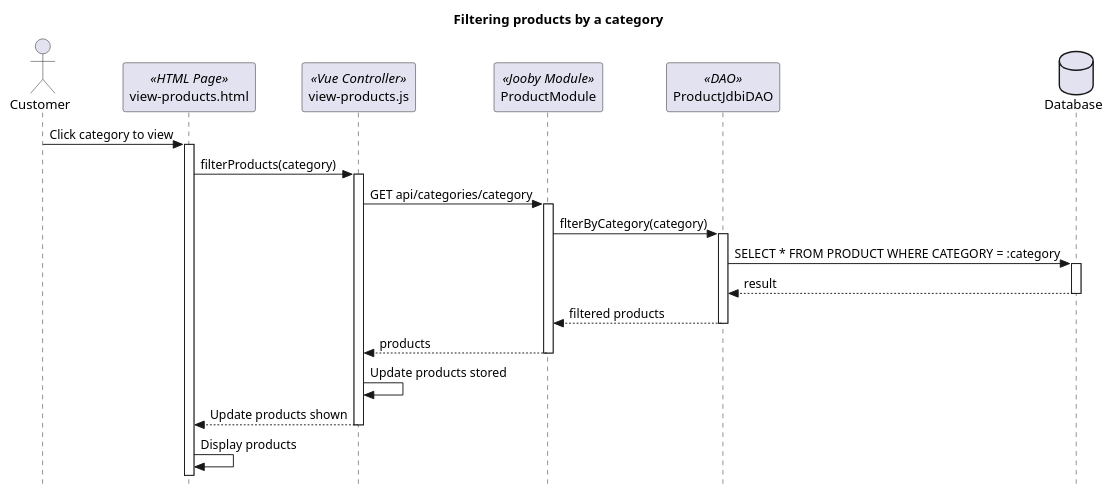
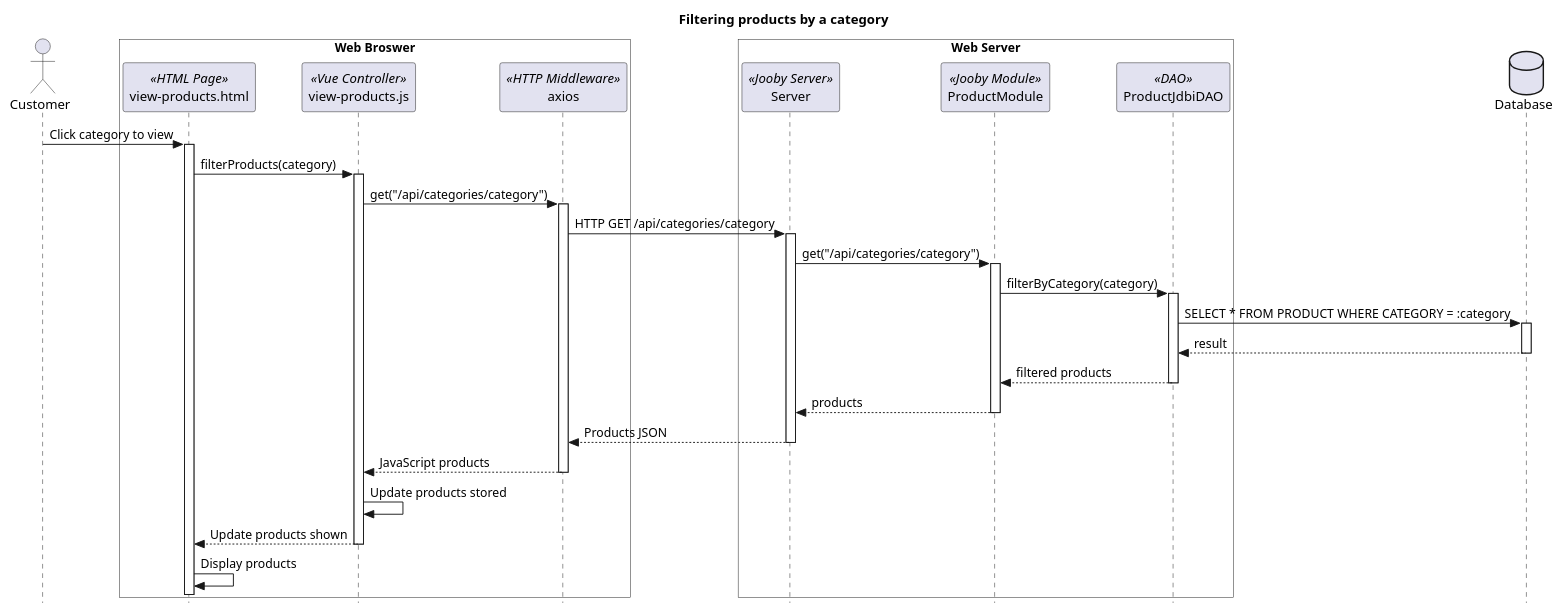
Before and after one commit to HugoPhibbs/INFO201_Milestone2: the diagram in filter_by_category.puml, drawn with PlantUML.

Commit message:
updating uml
adding axios and jooby sever

```diff
--- a/filter_by_category.puml
+++ b/filter_by_category.puml
@@ -1,44 +1,63 @@
 @startuml
     title Filtering products by a category
     skinparam style strictuml
 
+
     actor Customer as cust
+    box "Web Broswer" #white
     participant "view-products.html" as vp_html <<HTML Page>>
     participant "view-products.js" as vp_js <<Vue Controller>>
+    participant "axios" as ax <<HTTP Middleware>>
+    end box
+    box "Web Server" #white
+    participant "Server" as sr <<Jooby Server>>
     participant "ProductModule" as PM <<Jooby Module>>
     participant "ProductJdbiDAO" as dao <<DAO>>
+    end box
     database Database as db
 
 
     cust -> vp_html: Click category to view
     activate vp_html
 
     vp_html -> vp_js: filterProducts(category)
     activate vp_js
 
-    vp_js -> PM: GET api/categories/category
+    vp_js -> ax: get("/api/categories/category")
+    activate ax
+
+    ax -> sr: HTTP GET /api/categories/category
+    activate sr
+
+    sr -> PM: get("/api/categories/category")
     activate PM
 
-    PM -> dao: flterByCategory(category)
+    PM -> dao: filterByCategory(category)
     activate dao
     
     dao -> db: SELECT * FROM PRODUCT WHERE CATEGORY = :category
     activate db
     
     db --> dao: result
     deactivate db
 
     dao --> PM: filtered products
     deactivate dao
 
-    PM --> vp_js: products 
+    PM --> sr: products
     deactivate PM
+
+    sr --> ax: Products JSON
+    deactivate sr
+
+    ax --> vp_js: JavaScript products
+    deactivate ax
 
     vp_js -> vp_js: Update products stored
 
     vp_js --> vp_html: Update products shown
     deactivate vp_js
 
     vp_html -> vp_html: Display products
 
 @enduml
```
